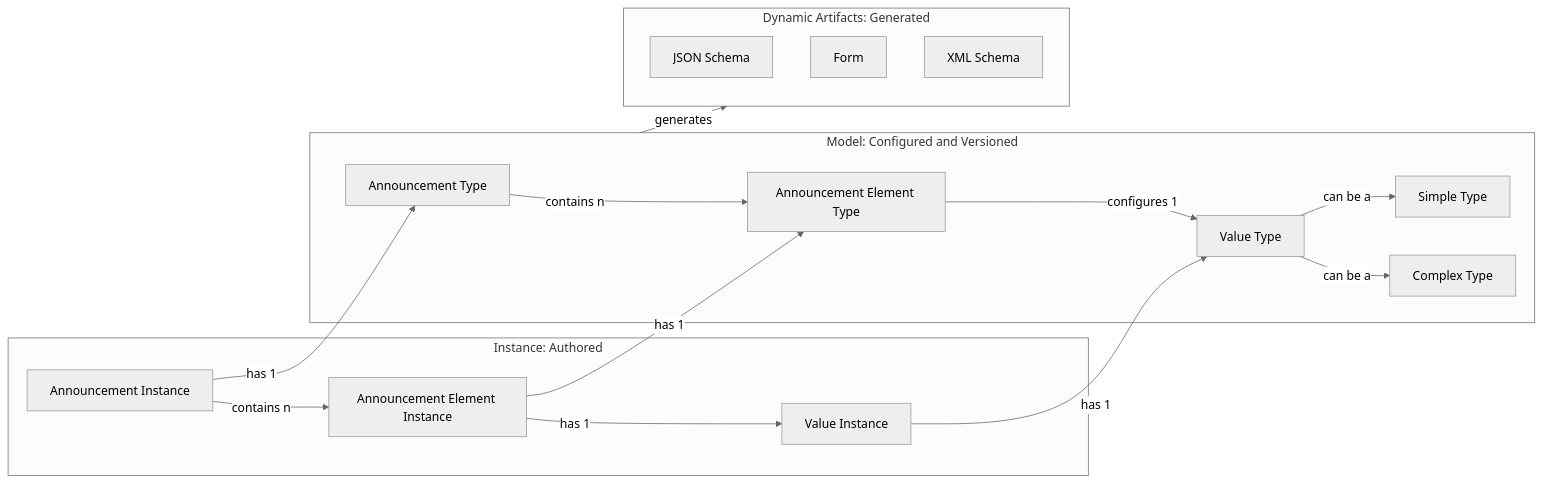
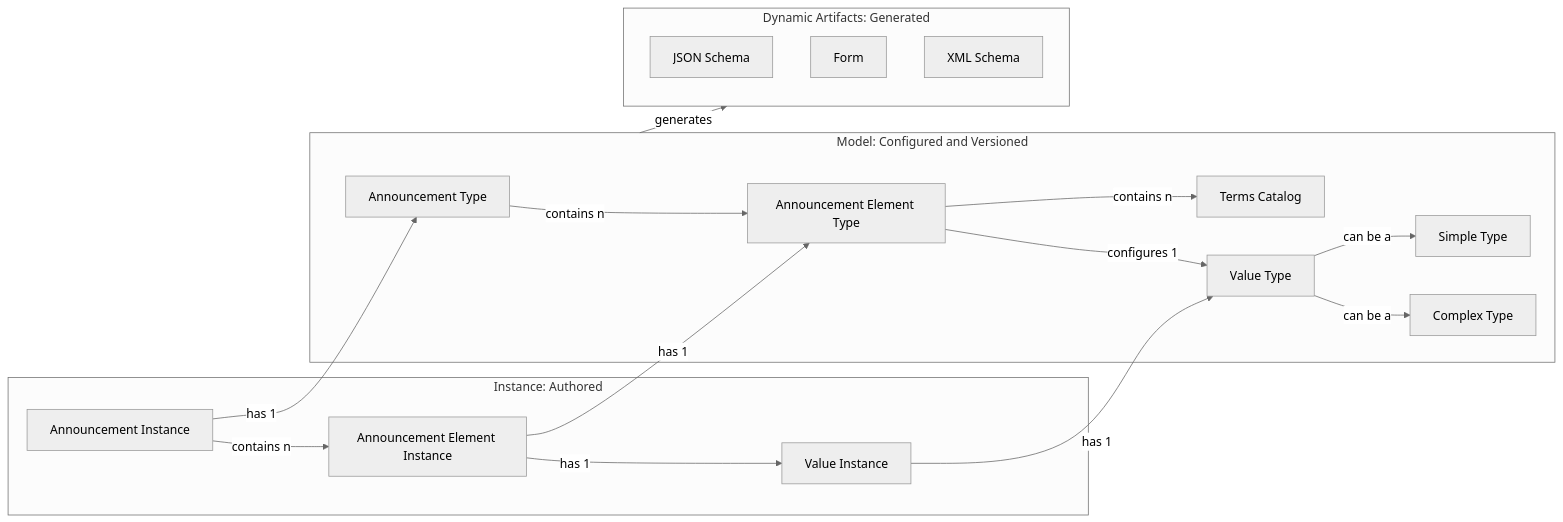
Before and after one commit to officialgazette/announcement-model: the first of 3 diagrams in README.md, drawn with Mermaid. The commit also changed other lines of this file, not shown here.

````diff
--- a/README.md
+++ b/README.md
@@ -5,54 +5,56 @@
 ```mermaid
 flowchart LR
 
 
 %%{
   init: {
     'theme': 'neutral'
   }
 }%%
 
 %% ==== Instanz (rechts, orange) ====
 subgraph Instance [Instance: Authored]
     AI[Announcement Instance]
     AEI[Announcement Element Instance]
     VI[Value Instance]
 
     AI -->|"contains n"| AEI
     AEI -->|"has 1"| VI
 end
 
 
 
 %% ==== Modell (Mitte, blau) ====
 subgraph Model [Model: Configured and Versioned]
     AT[Announcement Type]
     AET[Announcement Element Type]
+    C[Terms Catalog]
     VT[Value Type]
     ST[Simple Type]
     CT[Complex Type]
 
     AT -->|"contains n"| AET
     AET -->|"configures 1"| VT
     VT -->|"can be a"| ST
     VT -->|"can be a"| CT
+    AET --> |"contains n"| C
 end
 
 %% ==== Dynamische Artefakte (links, lila) ====
 subgraph DynamicArtifacts [Dynamic Artifacts: Generated]
     JSON[JSON Schema]
     FORM[Form]
     XML[XML Schema]
 end
 
 %% ==== Beziehungen Modell <-> Instanz ====
 AI -->|"has 1"| AT
 AEI -->|"has 1"| AET
 VI -->|"has 1"| VT
 
 %% ==== Beziehungen Modell <-> Dynamic Artifacts ====
 Model --generates-->DynamicArtifacts
 
 
 
 ```
````
